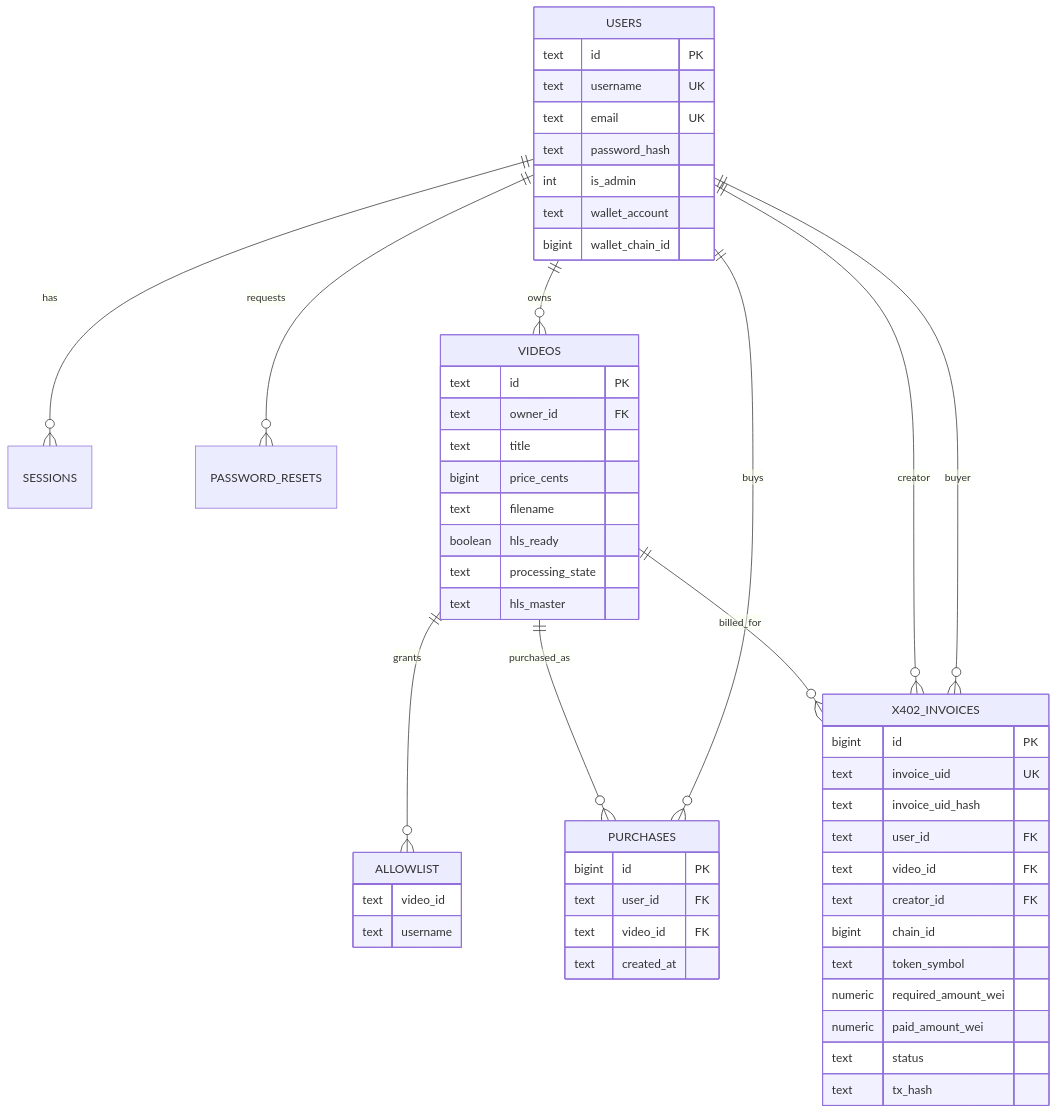
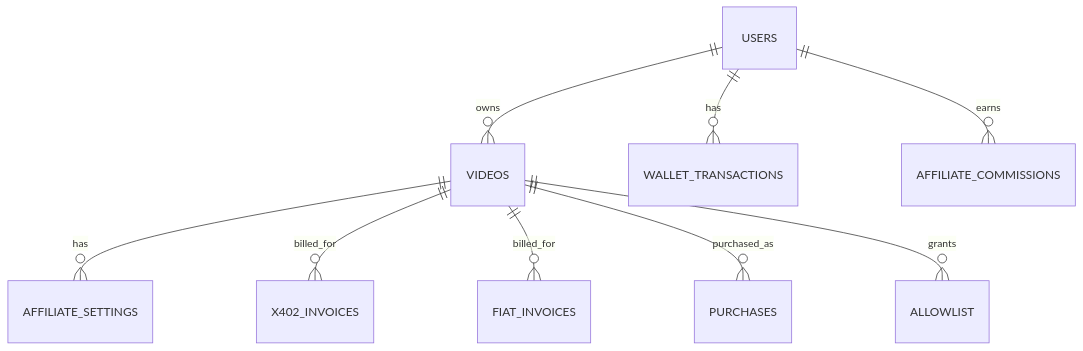
Before and after one commit to kukuhtw/ppv_stream_rust: the diagram in README.md, drawn with Mermaid. The commit also changed other lines of this file and 8 other files, not shown here.

````diff
--- a/README.md
+++ b/README.md
@@ -424,56 +249,11 @@
 ```mermaid
 erDiagram
-    USERS ||--o{ SESSIONS : has
-    USERS ||--o{ PASSWORD_RESETS : requests
     USERS ||--o{ VIDEOS : owns
-    USERS ||--o{ PURCHASES : buys
+    USERS ||--o{ WALLET_TRANSACTIONS : has
+    USERS ||--o{ AFFILIATE_COMMISSIONS : earns
+    VIDEOS ||--o{ AFFILIATE_SETTINGS : has
+    VIDEOS ||--o{ X402_INVOICES : billed_for
+    VIDEOS ||--o{ FIAT_INVOICES : billed_for
     VIDEOS ||--o{ PURCHASES : purchased_as
     VIDEOS ||--o{ ALLOWLIST : grants
-    USERS ||--o{ X402_INVOICES : buyer
-    USERS ||--o{ X402_INVOICES : creator
-    VIDEOS ||--o{ X402_INVOICES : billed_for
-
-    USERS {
-        text id PK
-        text username UK
-        text email UK
-        text password_hash
-        int is_admin
-        text wallet_account
-        bigint wallet_chain_id
-    }
-    VIDEOS {
-        text id PK
-        text owner_id FK
-        text title
-        bigint price_cents
-        text filename
-        boolean hls_ready
-        text processing_state
-        text hls_master
-    }
-    ALLOWLIST {
-        text video_id
-        text username
-    }
-    PURCHASES {
-        bigint id PK
-        text user_id FK
-        text video_id FK
-        text created_at
-    }
-    X402_INVOICES {
-        bigint id PK
-        text invoice_uid UK
-        text invoice_uid_hash
-        text user_id FK
-        text video_id FK
-        text creator_id FK
-        bigint chain_id
-        text token_symbol
-        numeric required_amount_wei
-        numeric paid_amount_wei
-        text status
-        text tx_hash
-    }
 ```
````
